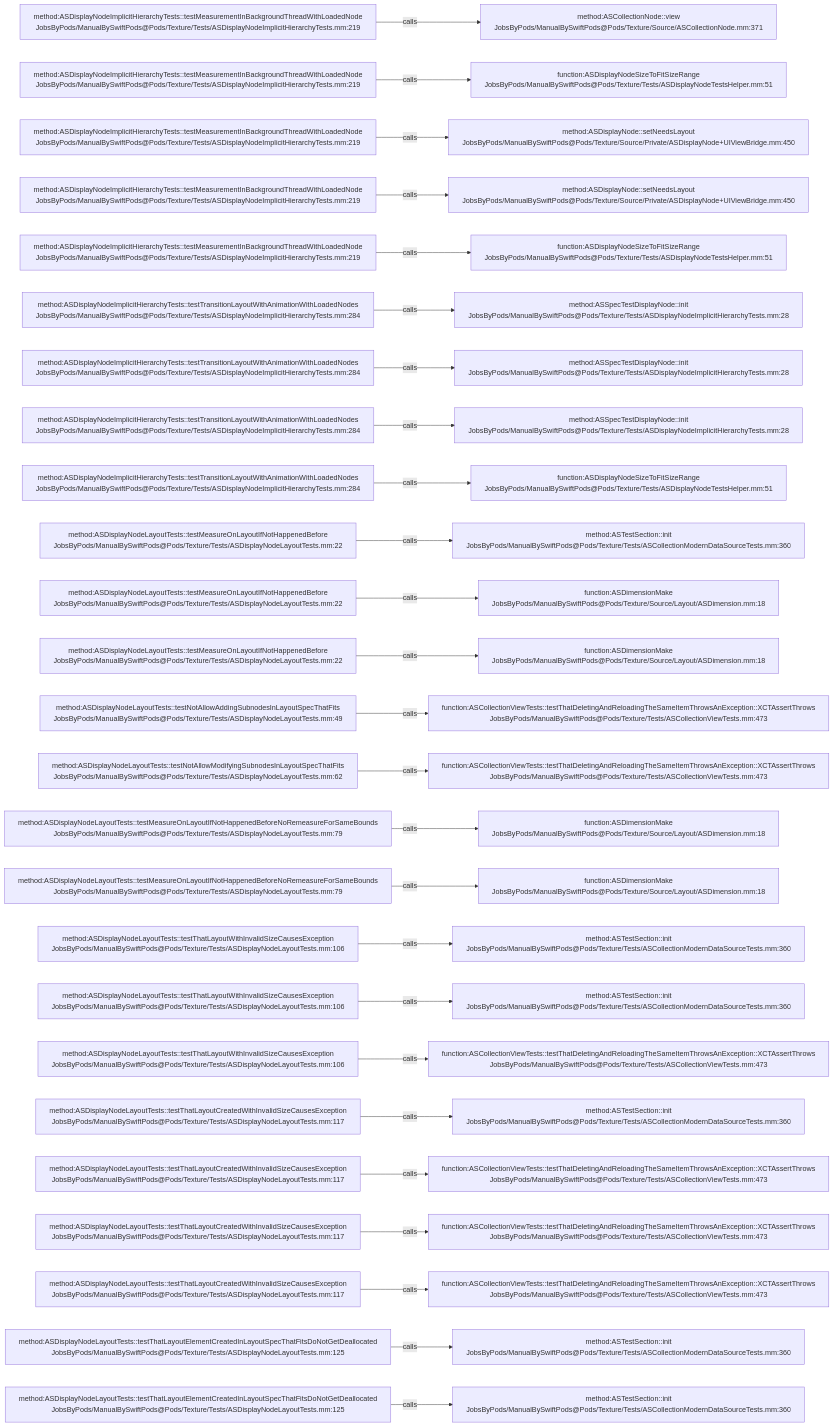
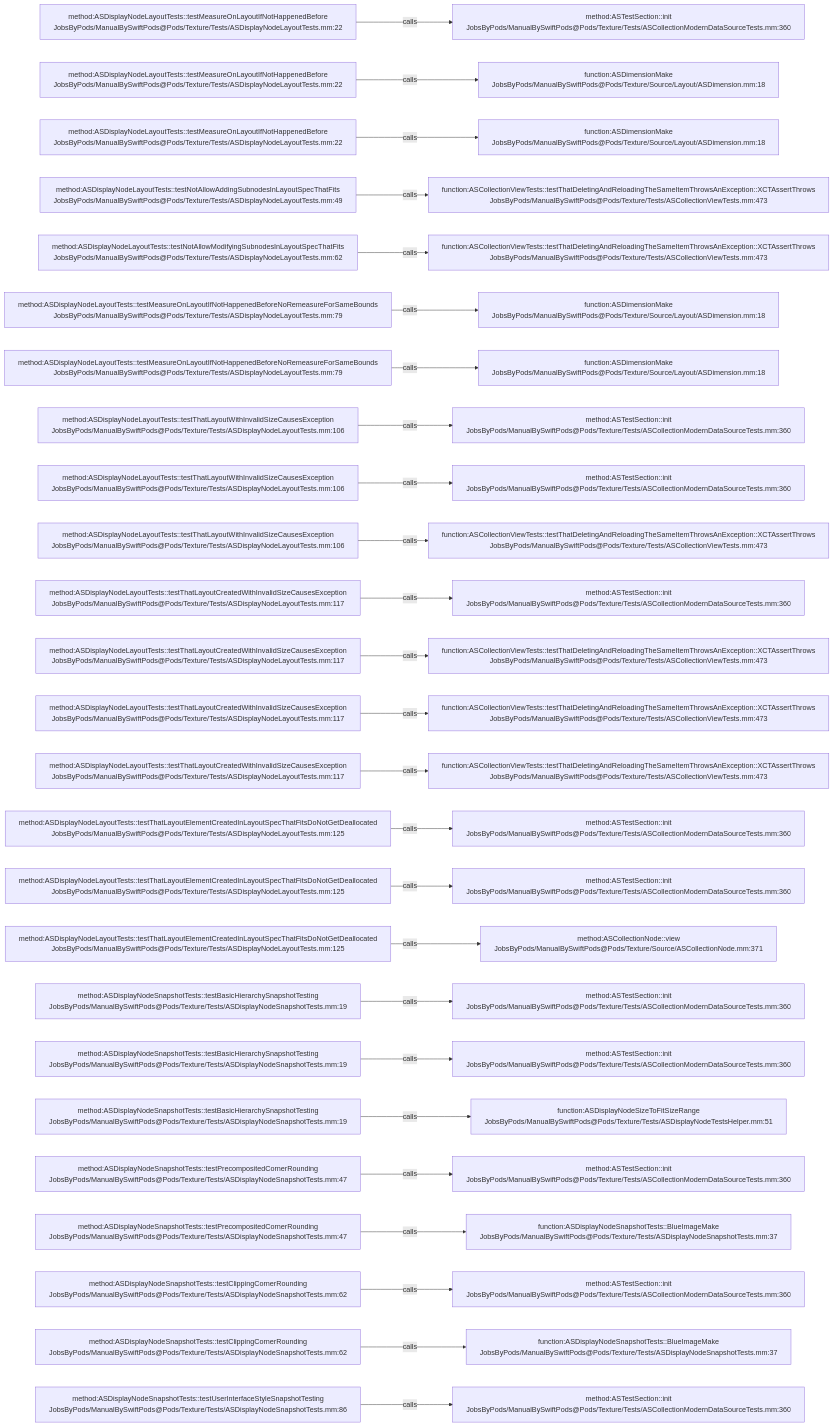
Before and after one commit to JobsKits/JobsSwiftBaseConfigDemo: the diagram in .codegraph/codegraph.md/graphs/calls-185.md, drawn with Mermaid. The commit also changed 707 other files, not shown here.

````diff
--- a/.codegraph/codegraph.md/graphs/calls-185.md
+++ b/.codegraph/codegraph.md/graphs/calls-185.md
@@ -13,78 +13,78 @@
 ```mermaid
 flowchart LR
-  S1["method:ASDisplayNodeImplicitHierarchyTests::testMeasurementInBackgroundThreadWithLoadedNode<br/>JobsByPods/ManualBySwiftPods@Pods/Texture/Tests/ASDisplayNodeImplicitHierarchyTests.mm:219"]
-  T1["method:ASCollectionNode::view<br/>JobsByPods/ManualBySwiftPods@Pods/Texture/Source/ASCollectionNode.mm:371"]
+  S1["method:ASDisplayNodeLayoutTests::testMeasureOnLayoutIfNotHappenedBefore<br/>JobsByPods/ManualBySwiftPods@Pods/Texture/Tests/ASDisplayNodeLayoutTests.mm:22"]
+  T1["method:ASTestSection::init<br/>JobsByPods/ManualBySwiftPods@Pods/Texture/Tests/ASCollectionModernDataSourceTests.mm:360"]
   S1 -->|calls| T1
-  S2["method:ASDisplayNodeImplicitHierarchyTests::testMeasurementInBackgroundThreadWithLoadedNode<br/>JobsByPods/ManualBySwiftPods@Pods/Texture/Tests/ASDisplayNodeImplicitHierarchyTests.mm:219"]
-  T2["function:ASDisplayNodeSizeToFitSizeRange<br/>JobsByPods/ManualBySwiftPods@Pods/Texture/Tests/ASDisplayNodeTestsHelper.mm:51"]
+  S2["method:ASDisplayNodeLayoutTests::testMeasureOnLayoutIfNotHappenedBefore<br/>JobsByPods/ManualBySwiftPods@Pods/Texture/Tests/ASDisplayNodeLayoutTests.mm:22"]
+  T2["function:ASDimensionMake<br/>JobsByPods/ManualBySwiftPods@Pods/Texture/Source/Layout/ASDimension.mm:18"]
   S2 -->|calls| T2
-  S3["method:ASDisplayNodeImplicitHierarchyTests::testMeasurementInBackgroundThreadWithLoadedNode<br/>JobsByPods/ManualBySwiftPods@Pods/Texture/Tests/ASDisplayNodeImplicitHierarchyTests.mm:219"]
-  T3["method:ASDisplayNode::setNeedsLayout<br/>JobsByPods/ManualBySwiftPods@Pods/Texture/Source/Private/ASDisplayNode+UIViewBridge.mm:450"]
+  S3["method:ASDisplayNodeLayoutTests::testMeasureOnLayoutIfNotHappenedBefore<br/>JobsByPods/ManualBySwiftPods@Pods/Texture/Tests/ASDisplayNodeLayoutTests.mm:22"]
+  T3["function:ASDimensionMake<br/>JobsByPods/ManualBySwiftPods@Pods/Texture/Source/Layout/ASDimension.mm:18"]
   S3 -->|calls| T3
-  S4["method:ASDisplayNodeImplicitHierarchyTests::testMeasurementInBackgroundThreadWithLoadedNode<br/>JobsByPods/ManualBySwiftPods@Pods/Texture/Tests/ASDisplayNodeImplicitHierarchyTests.mm:219"]
-  T4["method:ASDisplayNode::setNeedsLayout<br/>JobsByPods/ManualBySwiftPods@Pods/Texture/Source/Private/ASDisplayNode+UIViewBridge.mm:450"]
+  S4["method:ASDisplayNodeLayoutTests::testNotAllowAddingSubnodesInLayoutSpecThatFits<br/>JobsByPods/ManualBySwiftPods@Pods/Texture/Tests/ASDisplayNodeLayoutTests.mm:49"]
+  T4["function:ASCollectionViewTests::testThatDeletingAndReloadingTheSameItemThrowsAnException::XCTAssertThrows<br/>JobsByPods/ManualBySwiftPods@Pods/Texture/Tests/ASCollectionViewTests.mm:473"]
   S4 -->|calls| T4
-  S5["method:ASDisplayNodeImplicitHierarchyTests::testMeasurementInBackgroundThreadWithLoadedNode<br/>JobsByPods/ManualBySwiftPods@Pods/Texture/Tests/ASDisplayNodeImplicitHierarchyTests.mm:219"]
-  T5["function:ASDisplayNodeSizeToFitSizeRange<br/>JobsByPods/ManualBySwiftPods@Pods/Texture/Tests/ASDisplayNodeTestsHelper.mm:51"]
+  S5["method:ASDisplayNodeLayoutTests::testNotAllowModifyingSubnodesInLayoutSpecThatFits<br/>JobsByPods/ManualBySwiftPods@Pods/Texture/Tests/ASDisplayNodeLayoutTests.mm:62"]
+  T5["function:ASCollectionViewTests::testThatDeletingAndReloadingTheSameItemThrowsAnException::XCTAssertThrows<br/>JobsByPods/ManualBySwiftPods@Pods/Texture/Tests/ASCollectionViewTests.mm:473"]
   S5 -->|calls| T5
-  S6["method:ASDisplayNodeImplicitHierarchyTests::testTransitionLayoutWithAnimationWithLoadedNodes<br/>JobsByPods/ManualBySwiftPods@Pods/Texture/Tests/ASDisplayNodeImplicitHierarchyTests.mm:284"]
-  T6["method:ASSpecTestDisplayNode::init<br/>JobsByPods/ManualBySwiftPods@Pods/Texture/Tests/ASDisplayNodeImplicitHierarchyTests.mm:28"]
+  S6["method:ASDisplayNodeLayoutTests::testMeasureOnLayoutIfNotHappenedBeforeNoRemeasureForSameBounds<br/>JobsByPods/ManualBySwiftPods@Pods/Texture/Tests/ASDisplayNodeLayoutTests.mm:79"]
+  T6["function:ASDimensionMake<br/>JobsByPods/ManualBySwiftPods@Pods/Texture/Source/Layout/ASDimension.mm:18"]
   S6 -->|calls| T6
-  S7["method:ASDisplayNodeImplicitHierarchyTests::testTransitionLayoutWithAnimationWithLoadedNodes<br/>JobsByPods/ManualBySwiftPods@Pods/Texture/Tests/ASDisplayNodeImplicitHierarchyTests.mm:284"]
-  T7["method:ASSpecTestDisplayNode::init<br/>JobsByPods/ManualBySwiftPods@Pods/Texture/Tests/ASDisplayNodeImplicitHierarchyTests.mm:28"]
+  S7["method:ASDisplayNodeLayoutTests::testMeasureOnLayoutIfNotHappenedBeforeNoRemeasureForSameBounds<br/>JobsByPods/ManualBySwiftPods@Pods/Texture/Tests/ASDisplayNodeLayoutTests.mm:79"]
+  T7["function:ASDimensionMake<br/>JobsByPods/ManualBySwiftPods@Pods/Texture/Source/Layout/ASDimension.mm:18"]
   S7 -->|calls| T7
-  S8["method:ASDisplayNodeImplicitHierarchyTests::testTransitionLayoutWithAnimationWithLoadedNodes<br/>JobsByPods/ManualBySwiftPods@Pods/Texture/Tests/ASDisplayNodeImplicitHierarchyTests.mm:284"]
-  T8["method:ASSpecTestDisplayNode::init<br/>JobsByPods/ManualBySwiftPods@Pods/Texture/Tests/ASDisplayNodeImplicitHierarchyTests.mm:28"]
+  S8["method:ASDisplayNodeLayoutTests::testThatLayoutWithInvalidSizeCausesException<br/>JobsByPods/ManualBySwiftPods@Pods/Texture/Tests/ASDisplayNodeLayoutTests.mm:106"]
+  T8["method:ASTestSection::init<br/>JobsByPods/ManualBySwiftPods@Pods/Texture/Tests/ASCollectionModernDataSourceTests.mm:360"]
   S8 -->|calls| T8
-  S9["method:ASDisplayNodeImplicitHierarchyTests::testTransitionLayoutWithAnimationWithLoadedNodes<br/>JobsByPods/ManualBySwiftPods@Pods/Texture/Tests/ASDisplayNodeImplicitHierarchyTests.mm:284"]
-  T9["function:ASDisplayNodeSizeToFitSizeRange<br/>JobsByPods/ManualBySwiftPods@Pods/Texture/Tests/ASDisplayNodeTestsHelper.mm:51"]
+  S9["method:ASDisplayNodeLayoutTests::testThatLayoutWithInvalidSizeCausesException<br/>JobsByPods/ManualBySwiftPods@Pods/Texture/Tests/ASDisplayNodeLayoutTests.mm:106"]
+  T9["method:ASTestSection::init<br/>JobsByPods/ManualBySwiftPods@Pods/Texture/Tests/ASCollectionModernDataSourceTests.mm:360"]
   S9 -->|calls| T9
-  S10["method:ASDisplayNodeLayoutTests::testMeasureOnLayoutIfNotHappenedBefore<br/>JobsByPods/ManualBySwiftPods@Pods/Texture/Tests/ASDisplayNodeLayoutTests.mm:22"]
-  T10["method:ASTestSection::init<br/>JobsByPods/ManualBySwiftPods@Pods/Texture/Tests/ASCollectionModernDataSourceTests.mm:360"]
+  S10["method:ASDisplayNodeLayoutTests::testThatLayoutWithInvalidSizeCausesException<br/>JobsByPods/ManualBySwiftPods@Pods/Texture/Tests/ASDisplayNodeLayoutTests.mm:106"]
+  T10["function:ASCollectionViewTests::testThatDeletingAndReloadingTheSameItemThrowsAnException::XCTAssertThrows<br/>JobsByPods/ManualBySwiftPods@Pods/Texture/Tests/ASCollectionViewTests.mm:473"]
   S10 -->|calls| T10
-  S11["method:ASDisplayNodeLayoutTests::testMeasureOnLayoutIfNotHappenedBefore<br/>JobsByPods/ManualBySwiftPods@Pods/Texture/Tests/ASDisplayNodeLayoutTests.mm:22"]
-  T11["function:ASDimensionMake<br/>JobsByPods/ManualBySwiftPods@Pods/Texture/Source/Layout/ASDimension.mm:18"]
+  S11["method:ASDisplayNodeLayoutTests::testThatLayoutCreatedWithInvalidSizeCausesException<br/>JobsByPods/ManualBySwiftPods@Pods/Texture/Tests/ASDisplayNodeLayoutTests.mm:117"]
+  T11["method:ASTestSection::init<br/>JobsByPods/ManualBySwiftPods@Pods/Texture/Tests/ASCollectionModernDataSourceTests.mm:360"]
   S11 -->|calls| T11
-  S12["method:ASDisplayNodeLayoutTests::testMeasureOnLayoutIfNotHappenedBefore<br/>JobsByPods/ManualBySwiftPods@Pods/Texture/Tests/ASDisplayNodeLayoutTests.mm:22"]
-  T12["function:ASDimensionMake<br/>JobsByPods/ManualBySwiftPods@Pods/Texture/Source/Layout/ASDimension.mm:18"]
+  S12["method:ASDisplayNodeLayoutTests::testThatLayoutCreatedWithInvalidSizeCausesException<br/>JobsByPods/ManualBySwiftPods@Pods/Texture/Tests/ASDisplayNodeLayoutTests.mm:117"]
+  T12["function:ASCollectionViewTests::testThatDeletingAndReloadingTheSameItemThrowsAnException::XCTAssertThrows<br/>JobsByPods/ManualBySwiftPods@Pods/Texture/Tests/ASCollectionViewTests.mm:473"]
   S12 -->|calls| T12
-  S13["method:ASDisplayNodeLayoutTests::testNotAllowAddingSubnodesInLayoutSpecThatFits<br/>JobsByPods/ManualBySwiftPods@Pods/Texture/Tests/ASDisplayNodeLayoutTests.mm:49"]
+  S13["method:ASDisplayNodeLayoutTests::testThatLayoutCreatedWithInvalidSizeCausesException<br/>JobsByPods/ManualBySwiftPods@Pods/Texture/Tests/ASDisplayNodeLayoutTests.mm:117"]
   T13["function:ASCollectionViewTests::testThatDeletingAndReloadingTheSameItemThrowsAnException::XCTAssertThrows<br/>JobsByPods/ManualBySwiftPods@Pods/Texture/Tests/ASCollectionViewTests.mm:473"]
   S13 -->|calls| T13
-  S14["method:ASDisplayNodeLayoutTests::testNotAllowModifyingSubnodesInLayoutSpecThatFits<br/>JobsByPods/ManualBySwiftPods@Pods/Texture/Tests/ASDisplayNodeLayoutTests.mm:62"]
+  S14["method:ASDisplayNodeLayoutTests::testThatLayoutCreatedWithInvalidSizeCausesException<br/>JobsByPods/ManualBySwiftPods@Pods/Texture/Tests/ASDisplayNodeLayoutTests.mm:117"]
   T14["function:ASCollectionViewTests::testThatDeletingAndReloadingTheSameItemThrowsAnException::XCTAssertThrows<br/>JobsByPods/ManualBySwiftPods@Pods/Texture/Tests/ASCollectionViewTests.mm:473"]
   S14 -->|calls| T14
-  S15["method:ASDisplayNodeLayoutTests::testMeasureOnLayoutIfNotHappenedBeforeNoRemeasureForSameBounds<br/>JobsByPods/ManualBySwiftPods@Pods/Texture/Tests/ASDisplayNodeLayoutTests.mm:79"]
-  T15["function:ASDimensionMake<br/>JobsByPods/ManualBySwiftPods@Pods/Texture/Source/Layout/ASDimension.mm:18"]
+  S15["method:ASDisplayNodeLayoutTests::testThatLayoutElementCreatedInLayoutSpecThatFitsDoNotGetDeallocated<br/>JobsByPods/ManualBySwiftPods@Pods/Texture/Tests/ASDisplayNodeLayoutTests.mm:125"]
+  T15["method:ASTestSection::init<br/>JobsByPods/ManualBySwiftPods@Pods/Texture/Tests/ASCollectionModernDataSourceTests.mm:360"]
   S15 -->|calls| T15
-  S16["method:ASDisplayNodeLayoutTests::testMeasureOnLayoutIfNotHappenedBeforeNoRemeasureForSameBounds<br/>JobsByPods/ManualBySwiftPods@Pods/Texture/Tests/ASDisplayNodeLayoutTests.mm:79"]
-  T16["function:ASDimensionMake<br/>JobsByPods/ManualBySwiftPods@Pods/Texture/Source/Layout/ASDimension.mm:18"]
+  S16["method:ASDisplayNodeLayoutTests::testThatLayoutElementCreatedInLayoutSpecThatFitsDoNotGetDeallocated<br/>JobsByPods/ManualBySwiftPods@Pods/Texture/Tests/ASDisplayNodeLayoutTests.mm:125"]
+  T16["method:ASTestSection::init<br/>JobsByPods/ManualBySwiftPods@Pods/Texture/Tests/ASCollectionModernDataSourceTests.mm:360"]
   S16 -->|calls| T16
-  S17["method:ASDisplayNodeLayoutTests::testThatLayoutWithInvalidSizeCausesException<br/>JobsByPods/ManualBySwiftPods@Pods/Texture/Tests/ASDisplayNodeLayoutTests.mm:106"]
-  T17["method:ASTestSection::init<br/>JobsByPods/ManualBySwiftPods@Pods/Texture/Tests/ASCollectionModernDataSourceTests.mm:360"]
+  S17["method:ASDisplayNodeLayoutTests::testThatLayoutElementCreatedInLayoutSpecThatFitsDoNotGetDeallocated<br/>JobsByPods/ManualBySwiftPods@Pods/Texture/Tests/ASDisplayNodeLayoutTests.mm:125"]
+  T17["method:ASCollectionNode::view<br/>JobsByPods/ManualBySwiftPods@Pods/Texture/Source/ASCollectionNode.mm:371"]
   S17 -->|calls| T17
-  S18["method:ASDisplayNodeLayoutTests::testThatLayoutWithInvalidSizeCausesException<br/>JobsByPods/ManualBySwiftPods@Pods/Texture/Tests/ASDisplayNodeLayoutTests.mm:106"]
+  S18["method:ASDisplayNodeSnapshotTests::testBasicHierarchySnapshotTesting<br/>JobsByPods/ManualBySwiftPods@Pods/Texture/Tests/ASDisplayNodeSnapshotTests.mm:19"]
   T18["method:ASTestSection::init<br/>JobsByPods/ManualBySwiftPods@Pods/Texture/Tests/ASCollectionModernDataSourceTests.mm:360"]
   S18 -->|calls| T18
-  S19["method:ASDisplayNodeLayoutTests::testThatLayoutWithInvalidSizeCausesException<br/>JobsByPods/ManualBySwiftPods@Pods/Texture/Tests/ASDisplayNodeLayoutTests.mm:106"]
-  T19["function:ASCollectionViewTests::testThatDeletingAndReloadingTheSameItemThrowsAnException::XCTAssertThrows<br/>JobsByPods/ManualBySwiftPods@Pods/Texture/Tests/ASCollectionViewTests.mm:473"]
+  S19["method:ASDisplayNodeSnapshotTests::testBasicHierarchySnapshotTesting<br/>JobsByPods/ManualBySwiftPods@Pods/Texture/Tests/ASDisplayNodeSnapshotTests.mm:19"]
+  T19["method:ASTestSection::init<br/>JobsByPods/ManualBySwiftPods@Pods/Texture/Tests/ASCollectionModernDataSourceTests.mm:360"]
   S19 -->|calls| T19
-  S20["method:ASDisplayNodeLayoutTests::testThatLayoutCreatedWithInvalidSizeCausesException<br/>JobsByPods/ManualBySwiftPods@Pods/Texture/Tests/ASDisplayNodeLayoutTests.mm:117"]
-  T20["method:ASTestSection::init<br/>JobsByPods/ManualBySwiftPods@Pods/Texture/Tests/ASCollectionModernDataSourceTests.mm:360"]
+  S20["method:ASDisplayNodeSnapshotTests::testBasicHierarchySnapshotTesting<br/>JobsByPods/ManualBySwiftPods@Pods/Texture/Tests/ASDisplayNodeSnapshotTests.mm:19"]
+  T20["function:ASDisplayNodeSizeToFitSizeRange<br/>JobsByPods/ManualBySwiftPods@Pods/Texture/Tests/ASDisplayNodeTestsHelper.mm:51"]
   S20 -->|calls| T20
-  S21["method:ASDisplayNodeLayoutTests::testThatLayoutCreatedWithInvalidSizeCausesException<br/>JobsByPods/ManualBySwiftPods@Pods/Texture/Tests/ASDisplayNodeLayoutTests.mm:117"]
-  T21["function:ASCollectionViewTests::testThatDeletingAndReloadingTheSameItemThrowsAnException::XCTAssertThrows<br/>JobsByPods/ManualBySwiftPods@Pods/Texture/Tests/ASCollectionViewTests.mm:473"]
+  S21["method:ASDisplayNodeSnapshotTests::testPrecompositedCornerRounding<br/>JobsByPods/ManualBySwiftPods@Pods/Texture/Tests/ASDisplayNodeSnapshotTests.mm:47"]
+  T21["method:ASTestSection::init<br/>JobsByPods/ManualBySwiftPods@Pods/Texture/Tests/ASCollectionModernDataSourceTests.mm:360"]
   S21 -->|calls| T21
-  S22["method:ASDisplayNodeLayoutTests::testThatLayoutCreatedWithInvalidSizeCausesException<br/>JobsByPods/ManualBySwiftPods@Pods/Texture/Tests/ASDisplayNodeLayoutTests.mm:117"]
-  T22["function:ASCollectionViewTests::testThatDeletingAndReloadingTheSameItemThrowsAnException::XCTAssertThrows<br/>JobsByPods/ManualBySwiftPods@Pods/Texture/Tests/ASCollectionViewTests.mm:473"]
+  S22["method:ASDisplayNodeSnapshotTests::testPrecompositedCornerRounding<br/>JobsByPods/ManualBySwiftPods@Pods/Texture/Tests/ASDisplayNodeSnapshotTests.mm:47"]
+  T22["function:ASDisplayNodeSnapshotTests::BlueImageMake<br/>JobsByPods/ManualBySwiftPods@Pods/Texture/Tests/ASDisplayNodeSnapshotTests.mm:37"]
   S22 -->|calls| T22
-  S23["method:ASDisplayNodeLayoutTests::testThatLayoutCreatedWithInvalidSizeCausesException<br/>JobsByPods/ManualBySwiftPods@Pods/Texture/Tests/ASDisplayNodeLayoutTests.mm:117"]
-  T23["function:ASCollectionViewTests::testThatDeletingAndReloadingTheSameItemThrowsAnException::XCTAssertThrows<br/>JobsByPods/ManualBySwiftPods@Pods/Texture/Tests/ASCollectionViewTests.mm:473"]
+  S23["method:ASDisplayNodeSnapshotTests::testClippingCornerRounding<br/>JobsByPods/ManualBySwiftPods@Pods/Texture/Tests/ASDisplayNodeSnapshotTests.mm:62"]
+  T23["method:ASTestSection::init<br/>JobsByPods/ManualBySwiftPods@Pods/Texture/Tests/ASCollectionModernDataSourceTests.mm:360"]
   S23 -->|calls| T23
-  S24["method:ASDisplayNodeLayoutTests::testThatLayoutElementCreatedInLayoutSpecThatFitsDoNotGetDeallocated<br/>JobsByPods/ManualBySwiftPods@Pods/Texture/Tests/ASDisplayNodeLayoutTests.mm:125"]
-  T24["method:ASTestSection::init<br/>JobsByPods/ManualBySwiftPods@Pods/Texture/Tests/ASCollectionModernDataSourceTests.mm:360"]
+  S24["method:ASDisplayNodeSnapshotTests::testClippingCornerRounding<br/>JobsByPods/ManualBySwiftPods@Pods/Texture/Tests/ASDisplayNodeSnapshotTests.mm:62"]
+  T24["function:ASDisplayNodeSnapshotTests::BlueImageMake<br/>JobsByPods/ManualBySwiftPods@Pods/Texture/Tests/ASDisplayNodeSnapshotTests.mm:37"]
   S24 -->|calls| T24
-  S25["method:ASDisplayNodeLayoutTests::testThatLayoutElementCreatedInLayoutSpecThatFitsDoNotGetDeallocated<br/>JobsByPods/ManualBySwiftPods@Pods/Texture/Tests/ASDisplayNodeLayoutTests.mm:125"]
+  S25["method:ASDisplayNodeSnapshotTests::testUserInterfaceStyleSnapshotTesting<br/>JobsByPods/ManualBySwiftPods@Pods/Texture/Tests/ASDisplayNodeSnapshotTests.mm:86"]
   T25["method:ASTestSection::init<br/>JobsByPods/ManualBySwiftPods@Pods/Texture/Tests/ASCollectionModernDataSourceTests.mm:360"]
   S25 -->|calls| T25
 ```
````
